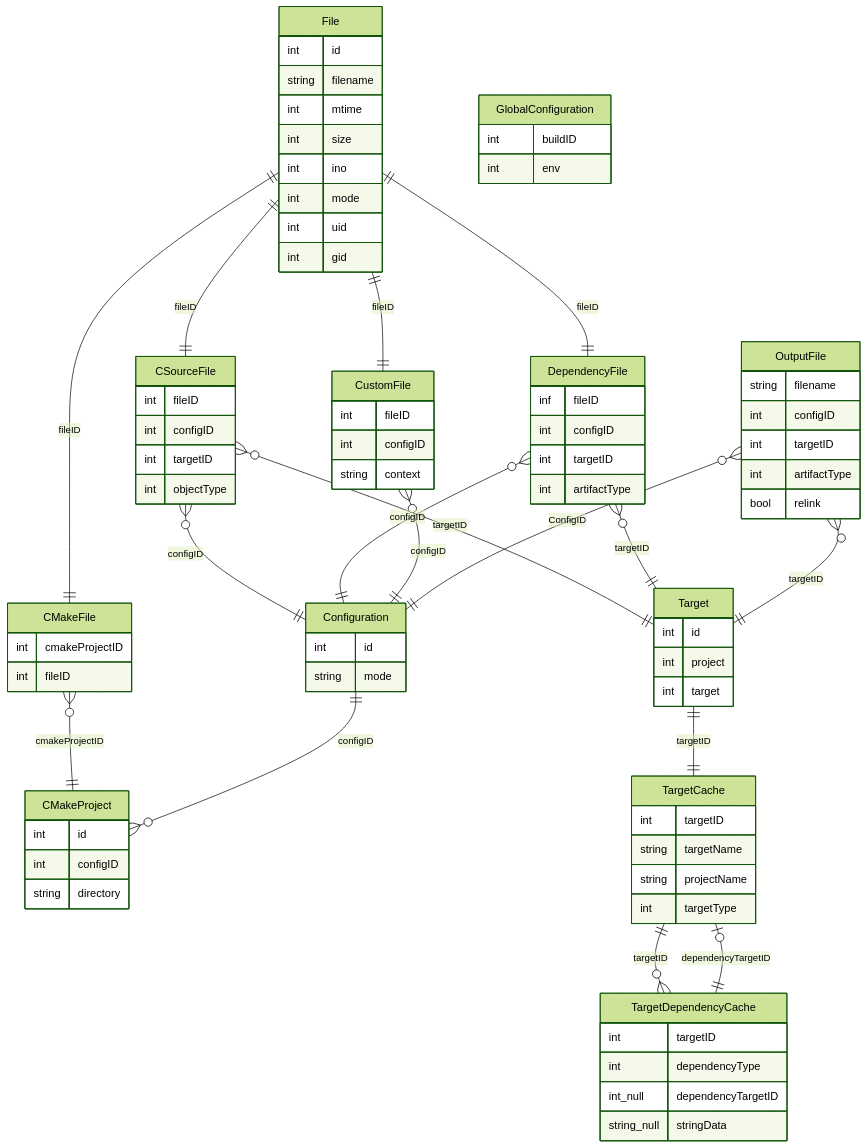
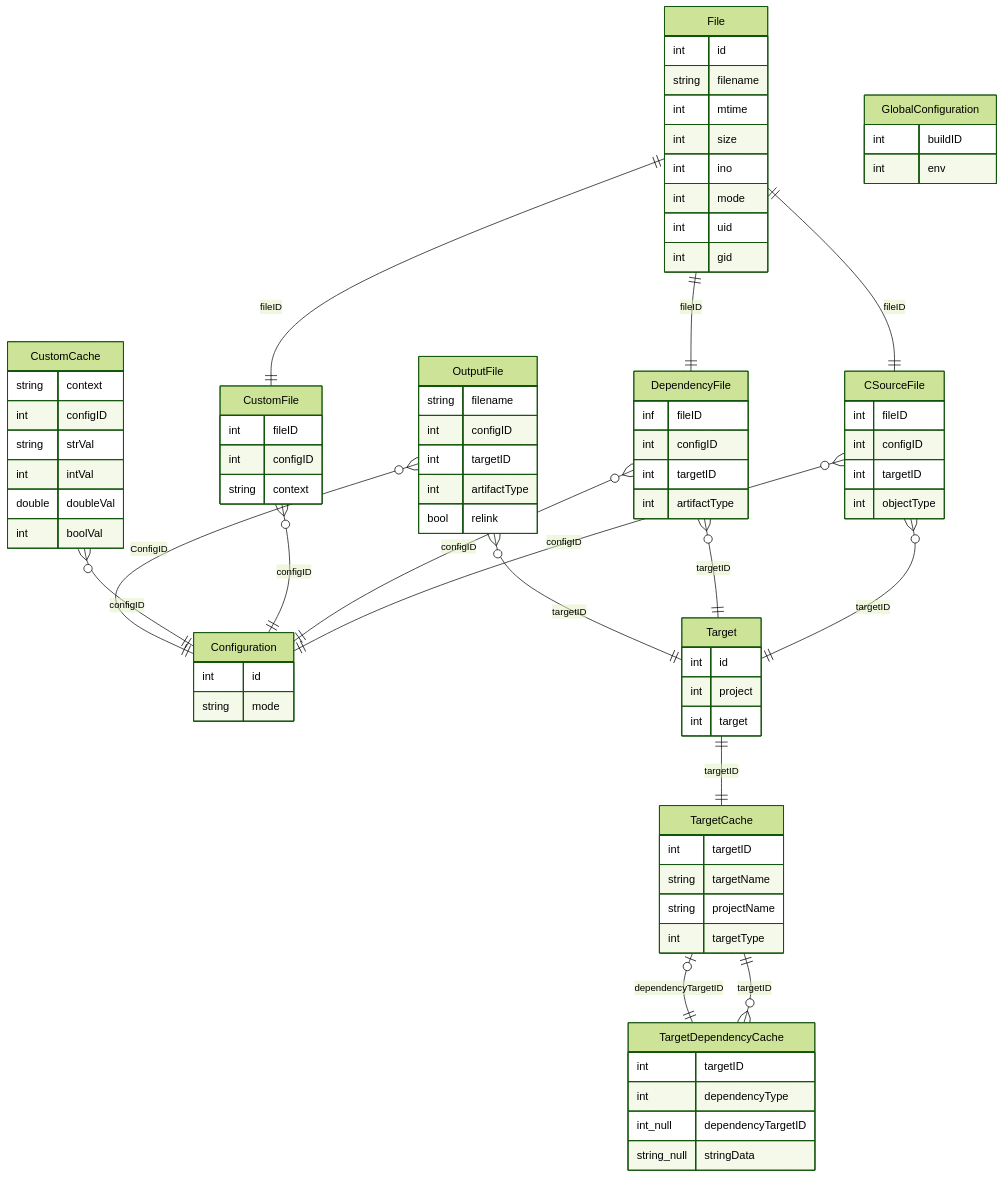
One commit to Jomy10/beaver changed the diagram in docs/internal/Cache.md. Above: the diagram before and after it, drawn with Mermaid (forest theme). The commit also changed 7 other files, not shown here.

Commit message:
custom cache

```diff
--- a/docs/internal/Cache.md
+++ b/docs/internal/Cache.md
@@ -37,7 +37,6 @@
   int env
 }
 
-%% An artifact file of a dependency
 DependencyFile {
 	inf fileID
 	int configID
@@ -46,14 +45,21 @@
 	int artifactType
 }
 
-%% User defined file
 CustomFile {
 	int fileID
 	int configID
 	string context
 }
 
-%% An artifact
+CustomCache {
+	string context
+	int configID
+	string strVal
+	int intVal
+	double doubleVal
+	int boolVal
+}
+
 OutputFile {
 	string filename
 	int configID
@@ -61,19 +67,6 @@
 	int artifactType
 	%% Should this artifact be relinked, regardless of any other conditions
 	bool relink
-}
-
-%% Files CMake configuration depends on
-%% When one of these changes, then we need to reconfigure the CMake project
-CMakeFile {
-	int cmakeProjectID
-	int fileID
-}
-
-CMakeProject {
-	int id
-	int configID
-	string directory
 }
 
 TargetCache {
@@ -107,12 +100,10 @@
 File ||--|| CustomFile: fileID
 CustomFile }o--|| Configuration: configID
 
+CustomCache }o--|| Configuration: configID
+
 OutputFile }o--|| Configuration: ConfigID
 OutputFile }o--|| Target: targetID
-
-File ||--|| CMakeFile: fileID
-CMakeFile }o--|| CMakeProject: cmakeProjectID
-Configuration ||--o{ CMakeProject: configID
 
 Target ||--|| TargetCache: targetID
 TargetCache ||--o{ TargetDependencyCache: targetID
```
